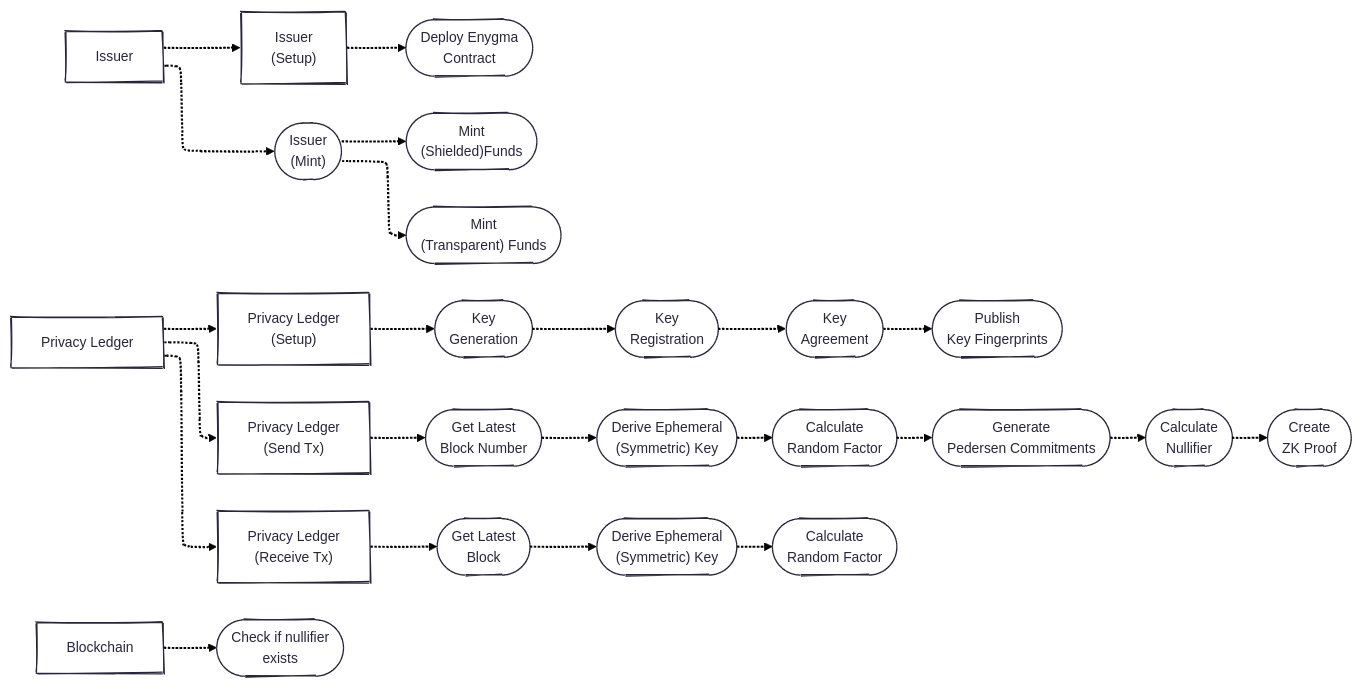
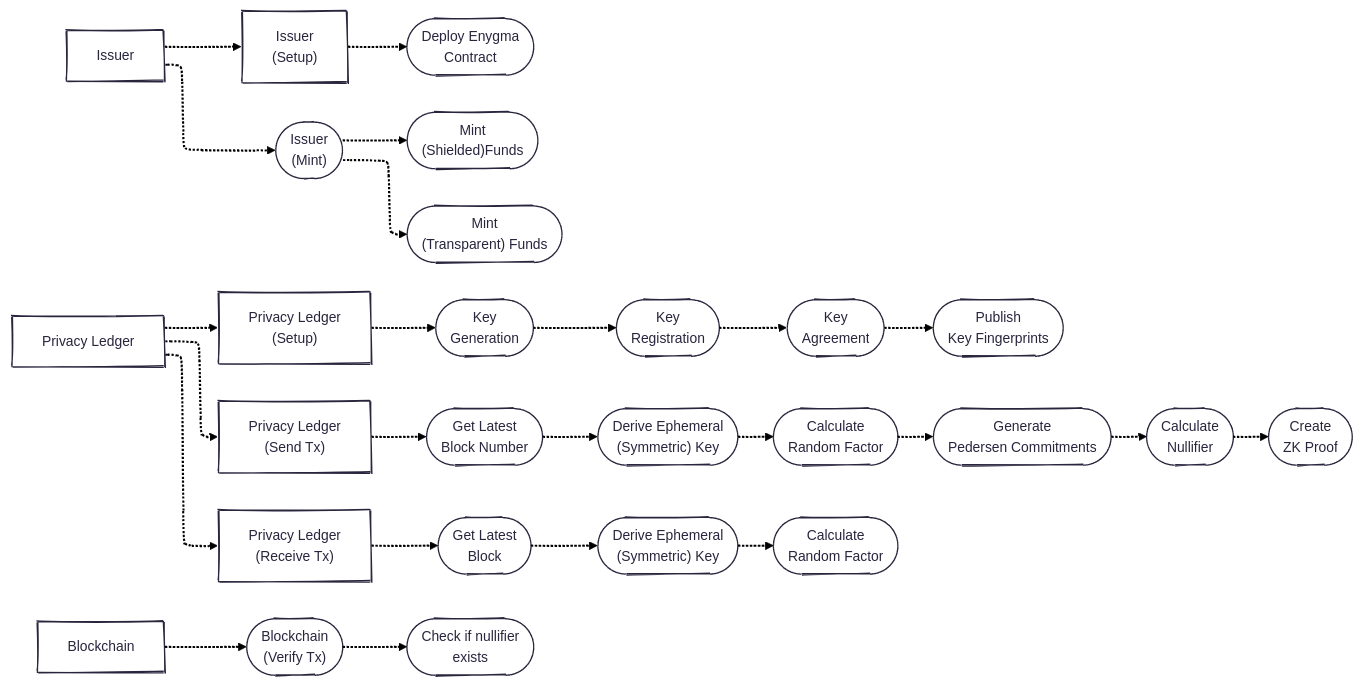
One commit to raylsnetwork/Enygma changed the second of 3 diagrams in enygma_payments/README.md. Above: the diagram before and after it, drawn with Mermaid.

Commit message:
Update flow connections in README.md

````diff
--- a/enygma_payments/README.md
+++ b/enygma_payments/README.md
@@ -52,63 +52,64 @@
 ```mermaid
 ---
 config:
   theme: redux
   layout: elk
   look: handDrawn
 ---
 flowchart LR
 
     %% Entities
     issuer["Issuer"]
     pl["Privacy Ledger"]
     b["Blockchain"]
 
     %% I (Setup)
     i_setup["Issuer<br>(Setup)"]
     deploy(["Deploy Enygma<br>Contract"])
 
     %% I (Mint)
     i_mint(["Issuer<br>(Mint)"])
     mint_shield(["Mint<br>(Shielded)Funds"])
     mint_transparent(["Mint<br>(Transparent) Funds"])
 
 
     %% PL (Setup)
     pl_setup["Privacy Ledger<br>(Setup)"]
     keygen(["Key<br>Generation"])
     register(["Key<br>Registration"])
     kem(["Key<br>Agreement"])
     publish(["Publish<br>Key Fingerprints"])
 
     %% PL (Send)
     pl_send["Privacy Ledger<br>(Send Tx)"]
     getblock_send(["Get Latest<br>Block Number"])
     derivesendkey(["Derive Ephemeral<br>(Symmetric) Key"])
     calcR_send(["Calculate<br>Random Factor"])
     tx_commits(["Generate<br>Pedersen Commitments"])
     nullifier(["Calculate<br>Nullifier"])
     zk_proof(["Create<br>ZK Proof"])
 
     %% PL (Receive)
     pl_receive["Privacy Ledger<br>(Receive Tx)"]
     derivereceivekey(["Derive Ephemeral<br>(Symmetric) Key"])
     calcR_receive(["Calculate<br>Random Factor"])
     getblock_receive(["Get Latest<br>Block"])
 
     %% Blockchain (Verifier)
+    verify_tx(["Blockchain<br>(Verify Tx)"])
     check_zk(["Check if nullifier<br>exists"])
 
 
     %% Flow Connections
     issuer -.-> i_setup & i_mint
     i_setup -.-> deploy
     i_mint -.-> mint_shield & mint_transparent
 
     pl -.-> pl_setup & pl_send & pl_receive
 
     pl_setup -.-> keygen -.-> register -.-> kem -.-> publish
     pl_send -.-> getblock_send -.-> derivesendkey -.-> calcR_send -.-> tx_commits -.-> nullifier -.-> zk_proof
     pl_receive -.-> getblock_receive -.-> derivereceivekey -.-> calcR_receive
 
-    b -.-> check_zk
+    b -.-> verify_tx -.-> check_zk
 ```
````
